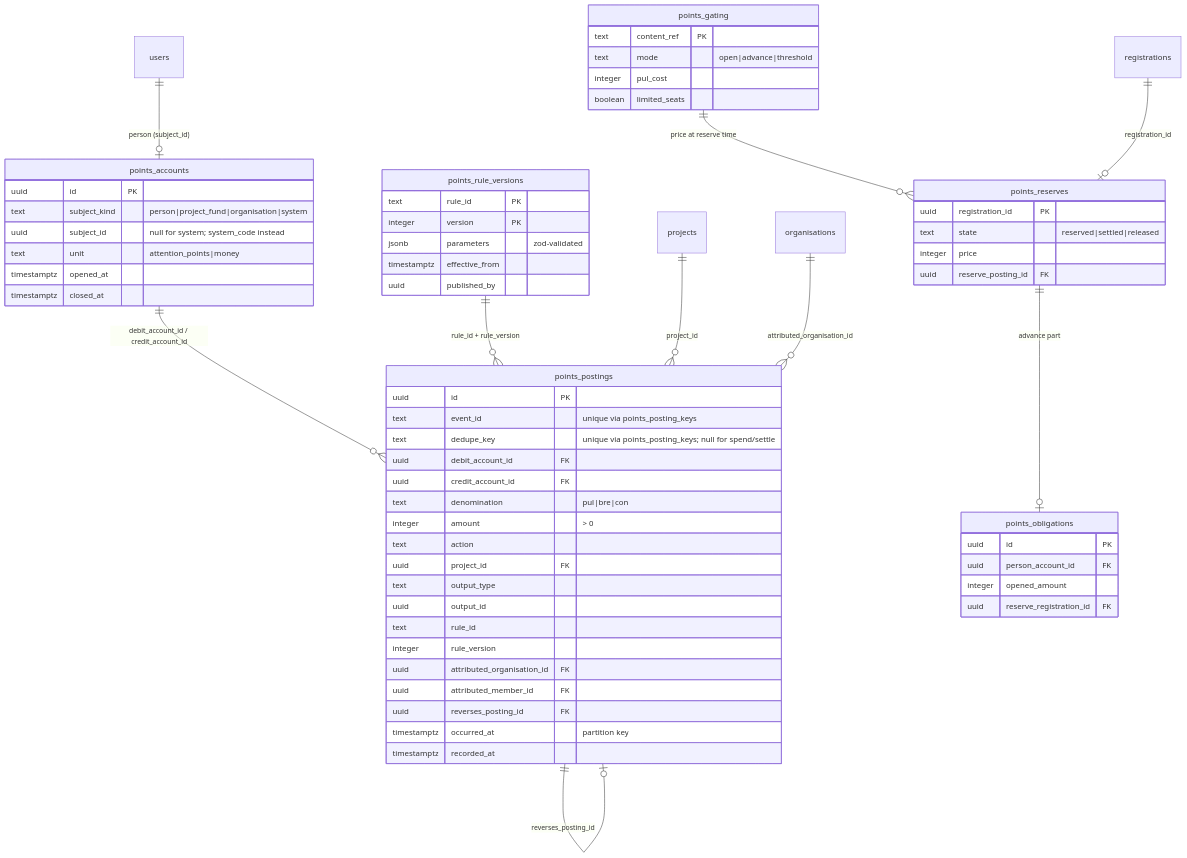
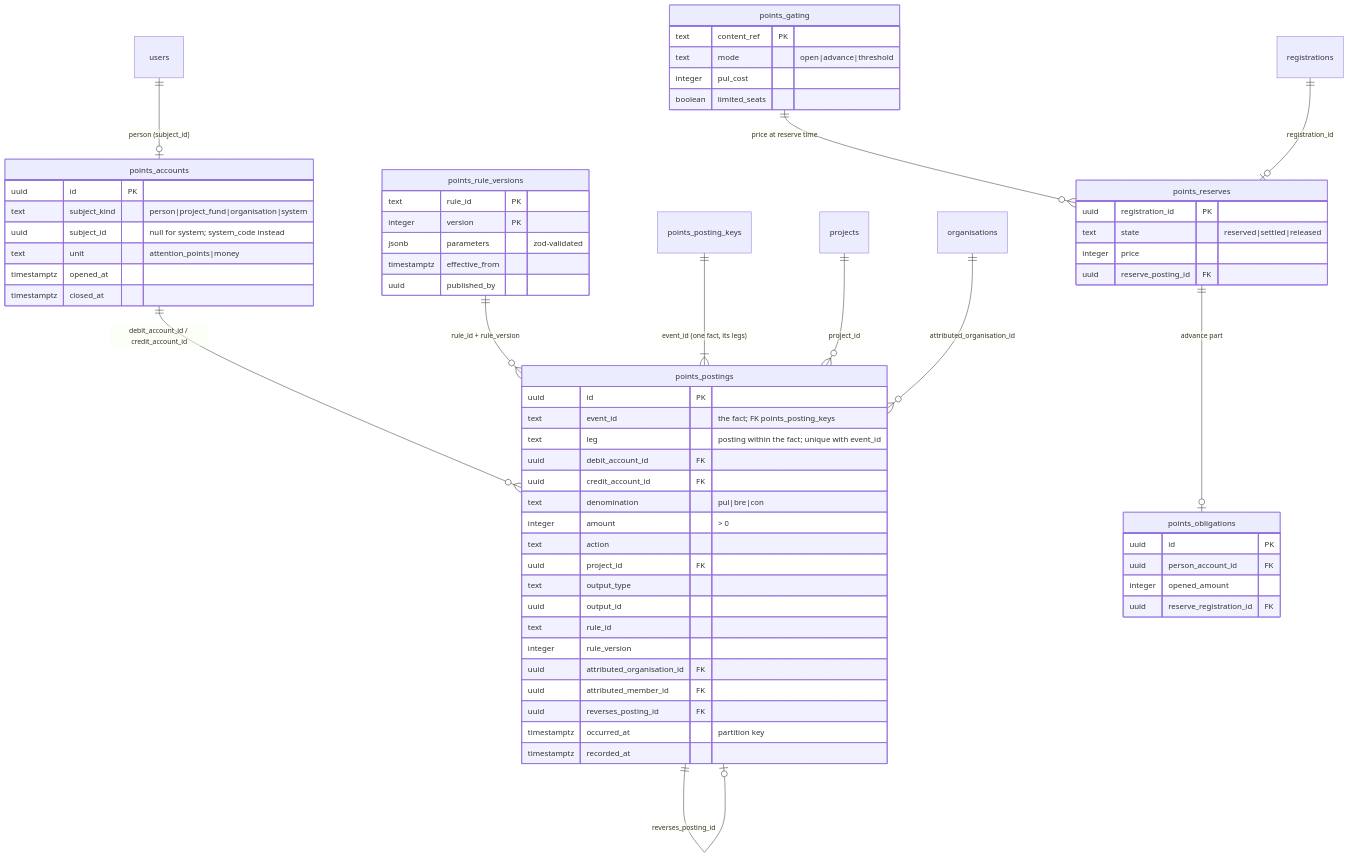
One commit to doctor-school/ds-platform changed the first of 3 diagrams in apps/docs/content/specs/features/025-attention-points-engine/025-design.md. Above: the diagram before and after it, drawn with Mermaid. The commit also changed other lines of this file and 7 other files, not shown here.

First line of the commit message:
docs(1794): 025 Mode (a) rework — fact-level event id, earn hint, ADR-0016 rewrite

````diff
--- a/apps/docs/content/specs/features/025-attention-points-engine/025-design.md
+++ b/apps/docs/content/specs/features/025-attention-points-engine/025-design.md
@@ -18,66 +18,67 @@
 ```mermaid
 erDiagram
   users ||--o| points_accounts : "person (subject_id)"
   points_accounts ||--o{ points_postings : "debit_account_id / credit_account_id"
   points_rule_versions ||--o{ points_postings : "rule_id + rule_version"
   points_postings ||--o| points_postings : "reverses_posting_id"
+  points_posting_keys ||--|{ points_postings : "event_id (one fact, its legs)"
   projects ||--o{ points_postings : "project_id"
   organisations ||--o{ points_postings : "attributed_organisation_id"
   points_gating ||--o{ points_reserves : "price at reserve time"
   registrations ||--o| points_reserves : "registration_id"
   points_reserves ||--o| points_obligations : "advance part"
 
   points_accounts {
     uuid id PK
     text subject_kind "person|project_fund|organisation|system"
     uuid subject_id "null for system; system_code instead"
     text unit "attention_points|money"
     timestamptz opened_at
     timestamptz closed_at
   }
   points_postings {
     uuid id PK
-    text event_id "unique via points_posting_keys"
-    text dedupe_key "unique via points_posting_keys; null for spend/settle"
+    text event_id "the fact; FK points_posting_keys"
+    text leg "posting within the fact; unique with event_id"
     uuid debit_account_id FK
     uuid credit_account_id FK
     text denomination "pul|bre|con"
     integer amount "> 0"
     text action
     uuid project_id FK
     text output_type
     uuid output_id
     text rule_id
     integer rule_version
     uuid attributed_organisation_id FK
     uuid attributed_member_id FK
     uuid reverses_posting_id FK
     timestamptz occurred_at "partition key"
     timestamptz recorded_at
   }
   points_rule_versions {
     text rule_id PK
     integer version PK
     jsonb parameters "zod-validated"
     timestamptz effective_from
     uuid published_by
   }
   points_gating {
     text content_ref PK
     text mode "open|advance|threshold"
     integer pul_cost
     boolean limited_seats
   }
   points_reserves {
     uuid registration_id PK
     text state "reserved|settled|released"
     integer price
     uuid reserve_posting_id FK
   }
   points_obligations {
     uuid id PK
     uuid person_account_id FK
     integer opened_amount
     uuid reserve_registration_id FK
   }
 ```
````
